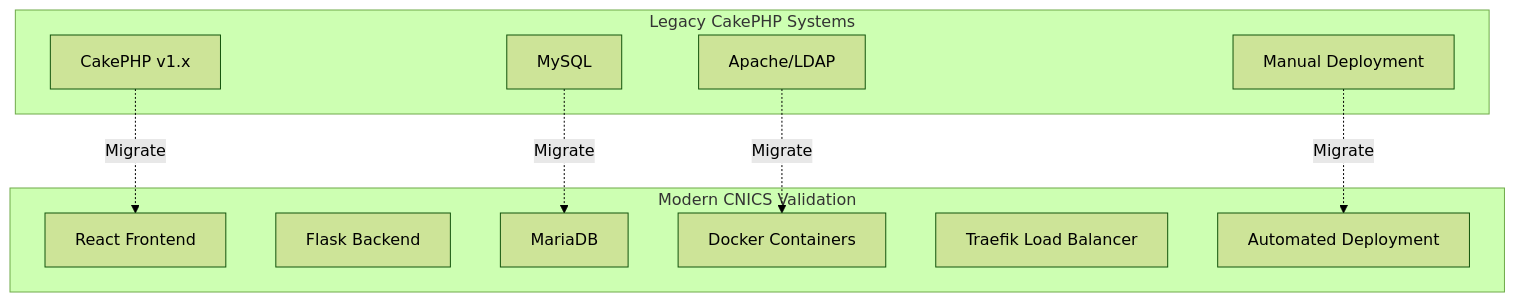
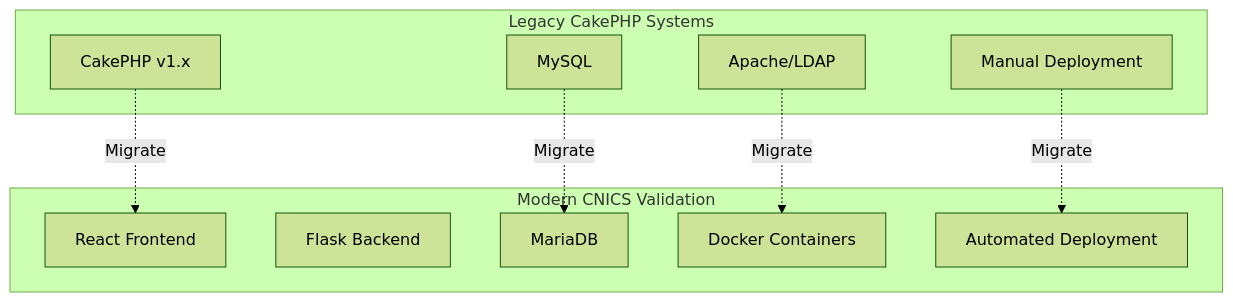
The seventh of 8 diagrams in docs/architecture-overview.md (uwcirg/cnics-validation), drawn with Mermaid (forest theme) before and after one commit. The commit also changed 2 other files, not shown here.

Commit message:
Remove references to Traefik in docs and default.env, since it's not expected to be used by these systems.

````diff
--- a/docs/architecture-overview.md
+++ b/docs/architecture-overview.md
@@ -266,23 +266,22 @@
 ```mermaid
 graph TB
     subgraph "Legacy CakePHP Systems"
         A[CakePHP v1.x]
         B[MySQL]
         C[Apache/LDAP]
         D[Manual Deployment]
     end
     
     subgraph "Modern CNICS Validation"
         E[React Frontend]
         F[Flask Backend]
         G[MariaDB]
         H[Docker Containers]
-        I[Traefik Load Balancer]
-        J[Automated Deployment]
+        I[Automated Deployment]
     end
     
     A -.->|Migrate| E
     B -.->|Migrate| G
     C -.->|Migrate| H
-    D -.->|Migrate| J
+    D -.->|Migrate| I
 ```
````
